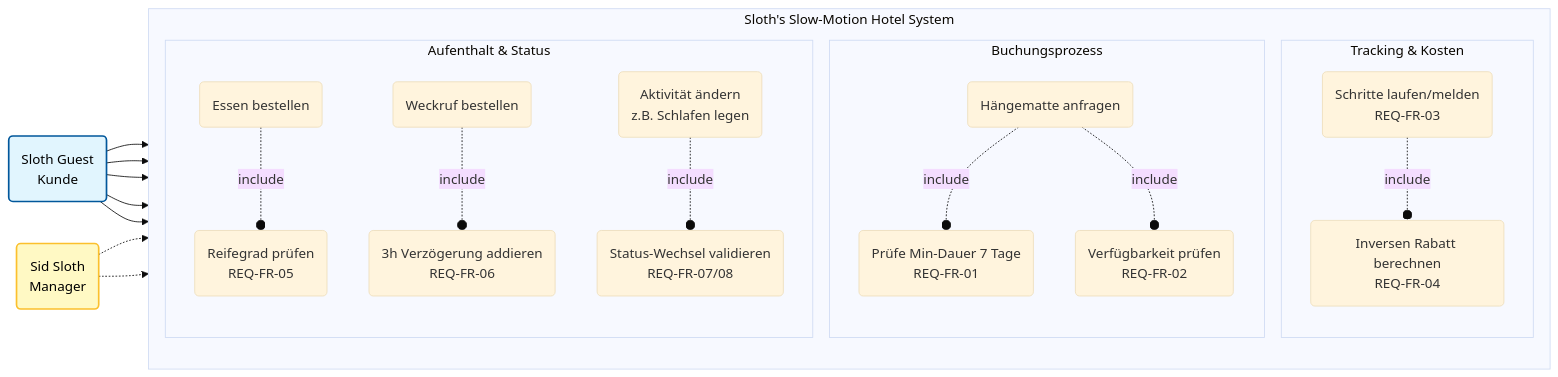
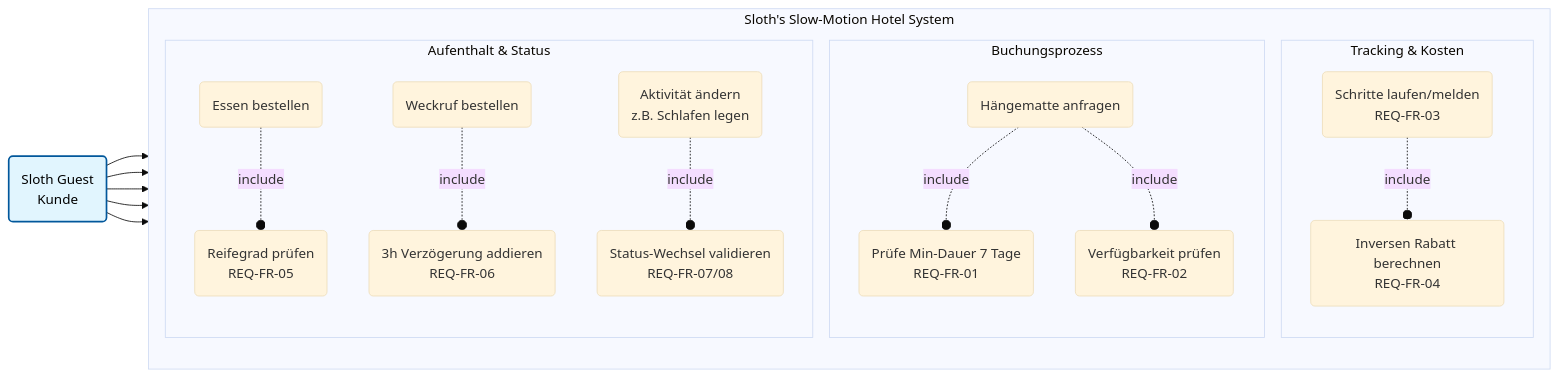
One commit to sebastianbichler/IU_2026_EF_LE_BER_VC_Python changed the second of 2 diagrams in src/student_projects/g09/docs/[Konzeption] UseCaseDiagram.md. Above: the diagram before and after it, drawn with Mermaid (base theme).

Commit message:
Update [Konzeption] UseCaseDiagram.md

````diff
--- a/src/student_projects/g09/docs/[Konzeption] UseCaseDiagram.md
+++ b/src/student_projects/g09/docs/[Konzeption] UseCaseDiagram.md
@@ -27,75 +27,55 @@
 ```mermaid
 graph LR
     %% --- STYLING ---
     classDef actorGuest fill:#e1f5fe,stroke:#01579b,stroke-width:2px,color:black;
     classDef actorManager fill:#fff9c4,stroke:#fbc02d,stroke-width:2px,color:black;
     classDef ucStyle fill:#fff,stroke:#333,stroke-width:1px,rx:5,ry:5,color:black;
 
     %% --- ACTORS ---
     Guest(Sloth Guest<br>Kunde):::actorGuest
-    Sid(Sid Sloth<br>Manager):::actorManager
 
-    %% --- SYSTEM BOUNDARY ---
     subgraph "Sloth's Slow-Motion Hotel System"
         direction TB
 
-        %% --- 1. BUCHUNG ---
         subgraph "Buchungsprozess"
             UC_Book(Hängematte anfragen)
             UC_Rule_Days(Prüfe Min-Dauer 7 Tage<br>REQ-FR-01)
             UC_Check_Avail(Verfügbarkeit prüfen<br>REQ-FR-02)
         end
 
-        %% --- 2. AKTIVITÄT & RABATT ---
         subgraph "Tracking & Kosten"
             UC_Walk(Schritte laufen/melden<br>REQ-FR-03)
             UC_Calc_Disc(Inversen Rabatt berechnen<br>REQ-FR-04)
         end
 
-        %% --- 3. LEBEN IM HOTEL ---
         subgraph "Aufenthalt & Status"
             UC_Eat(Essen bestellen)
             UC_Rule_Leaf(Reifegrad prüfen<br>REQ-FR-05)
             
             UC_Wake(Weckruf bestellen)
             UC_Rule_Delay(3h Verzögerung addieren<br>REQ-FR-06)
 
             UC_State(Aktivität ändern<br>z.B. Schlafen legen)
             UC_Rule_State(Status-Wechsel validieren<br>REQ-FR-07/08)
         end
     end
-
-    %% --- BEZIEHUNGEN (Wer initiiert was?) ---
     
-    %% Der Gast will buchen
     Guest --> UC_Book
     
-    %% Der Gast bewegt sich (oder meldet Schritte)
     Guest --> UC_Walk
     
-    %% Der Gast will Services
     Guest --> UC_Eat
     Guest --> UC_Wake
     Guest --> UC_State
 
-    %% Der Manager überwacht oder bestätigt (optional)
-    Sid -.-> UC_Check_Avail
-    Sid -.-> UC_Calc_Disc
-
-    %% --- AUTOMATISCHE REGELN (Include) ---
-    %% Wenn Gast bucht, MUSS System Regel prüfen
     UC_Book -.-o|include| UC_Rule_Days
     UC_Book -.-o|include| UC_Check_Avail
     
-    %% Wenn Gast Schritte meldet, MUSS Rabatt berechnet werden
     UC_Walk -.-o|include| UC_Calc_Disc
     
-    %% Wenn Gast isst, MUSS Reife geprüft werden
     UC_Eat -.-o|include| UC_Rule_Leaf
     
-    %% Wenn Gast Weckruf will, MUSS verzögert werden
     UC_Wake -.-o|include| UC_Rule_Delay
 
-    %% Wenn Gast Status ändert, MUSS validiert werden
     UC_State -.-o|include| UC_Rule_State
 ```
````
